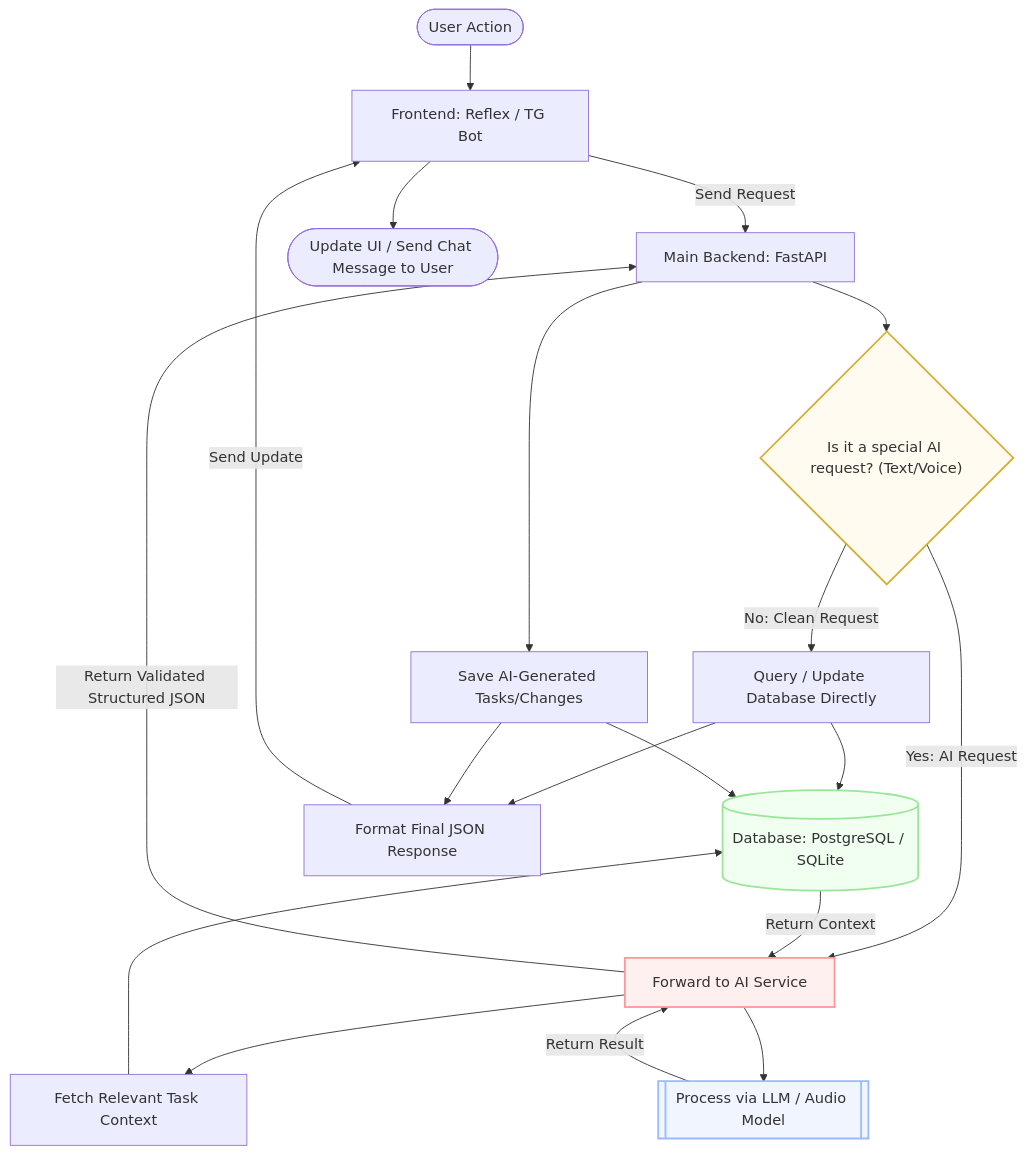
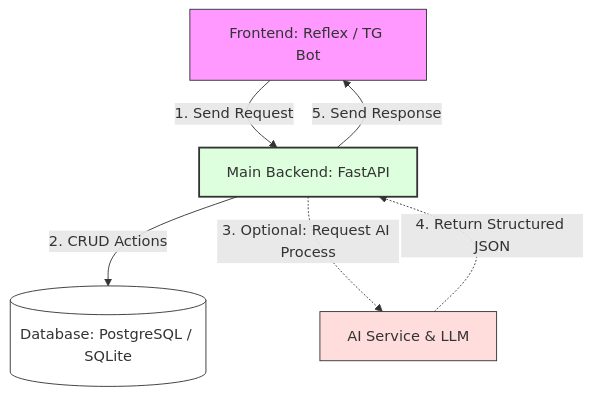
The diagram in README.md (Elias-Wide/todo-backend-fastapi), drawn with Mermaid before and after one commit.

````diff
--- a/README.md
+++ b/README.md
@@ -9,37 +9,17 @@
 ```mermaid
 graph TD
-    %% Nodes definition
-    User([User Action]) --> Front[Frontend: Reflex / TG Bot]
-    Front -->|Send Request| Back[Main Backend: FastAPI]
+    Front[Frontend: Reflex / TG Bot] -->|1. Send Request| Back[Main Backend: FastAPI]
+    Back -->|2. CRUD Actions| DB[(Database: PostgreSQL / SQLite)]
     
-    %% Condition Split
-    Back --> IsAISpecial{"Is it a special AI request? (Text/Voice)"}
+    %% Optional AI Flow
+    Back -.->|3. Optional: Request AI Process| AI[AI Service & LLM]
+    AI -.->|4. Return Structured JSON| Back
     
-    %% Path A: Clean Request
-    IsAISpecial -->|No: Clean Request| DBUpdate[Query / Update Database Directly]
-    DBUpdate --> DB[(Database: PostgreSQL / SQLite)]
-    
-    %% Path B: AI Request
-    IsAISpecial -->|Yes: AI Request| AIService[Forward to AI Service]
-    AIService --> AIDB[Fetch Relevant Task Context]
-    AIDB --> DB
-    DB -->|Return Context| AIService
-    
-    AIService --> LLM[[Process via LLM / Audio Model]]
-    LLM -->|Return Result| AIService
-    AIService -->|Return Validated Structured JSON| Back
-    Back --> AISave[Save AI-Generated Tasks/Changes]
-    AISave --> DB
-    
-    %% Sync & Output
-    DBUpdate --> Response[Format Final JSON Response]
-    AISave --> Response
-    Response -->|Send Update| Front
-    Front --> UI([Update UI / Send Chat Message to User])
+    Back -->|5. Send Response| Front
 
     %% Styling
-    style IsAISpecial fill:#fffbf0,stroke:#d4af37,stroke-width:2px
-    style AIService fill:#fff0f0,stroke:#ff9999,stroke-width:2px
-    style LLM fill:#f0f5ff,stroke:#99bbff,stroke-width:2px
-    style DB fill:#f0fff0,stroke:#99e699,stroke-width:2px
+    style Front fill:#f9f,stroke:#333,stroke-width:1px
+    style Back fill:#dfd,stroke:#333,stroke-width:2px
+    style AI fill:#fdd,stroke:#333,stroke-width:1px
+    style DB fill:#fff,stroke:#333,stroke-width:1px
 ```
````
